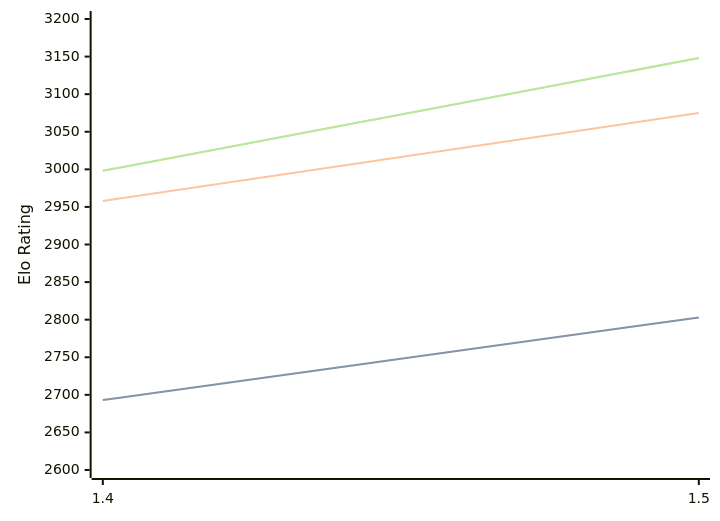
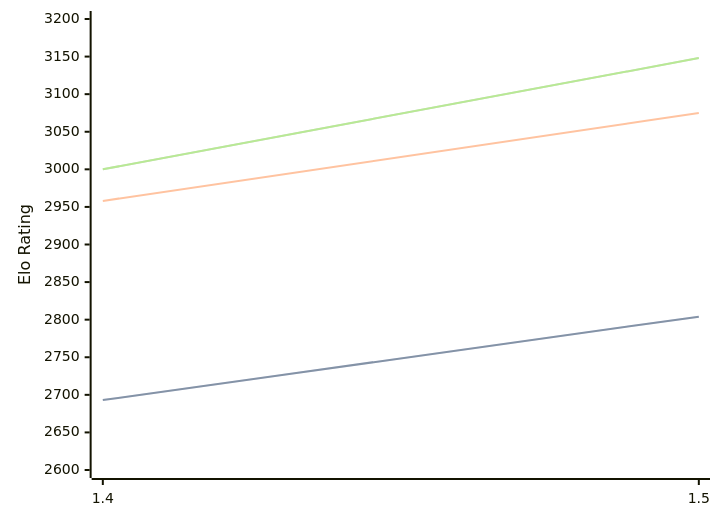
Before and after one commit to computer-chess-index/cci: the diagram in engines/Yakka.md, drawn with Mermaid. The commit also changed other lines of this file, not shown here.

Commit message:
Update CCI Ratings (ELO VLTC) - 2026-04-19

````diff
--- a/engines/Yakka.md
+++ b/engines/Yakka.md
@@ -36,11 +36,11 @@
 ```mermaid
 %%{init: {"theme":"base","themeVariables":{"seriesColors:['#a3a3a3','#222221','#faa371']}}}%%
 xychart-beta
   x-axis ["1.4", "1.5"]
   y-axis "Elo Rating" 2600 --> 3200
-  line "STC (8.0+0.08s)" [2693, 2803]
-  line "STC (8.0+0.08s)" [2693, 2803]
+  line "STC (8.0+0.08s)" [2693, 2804]
+  line "STC (8.0+0.08s)" [2693, 2804]
   line "LTC (60.0+0.60s)" [2958, 3075]
-  line "VLTC (2m24s+1.12s)" [2998, 3148]
-  line "VLTC (2m24s+1.12s)" [2998, 3148]
+  line "VLTC (2m24s+1.12s)" [3000, 3148]
+  line "VLTC (2m24s+1.12s)" [3000, 3148]
 ```
````
